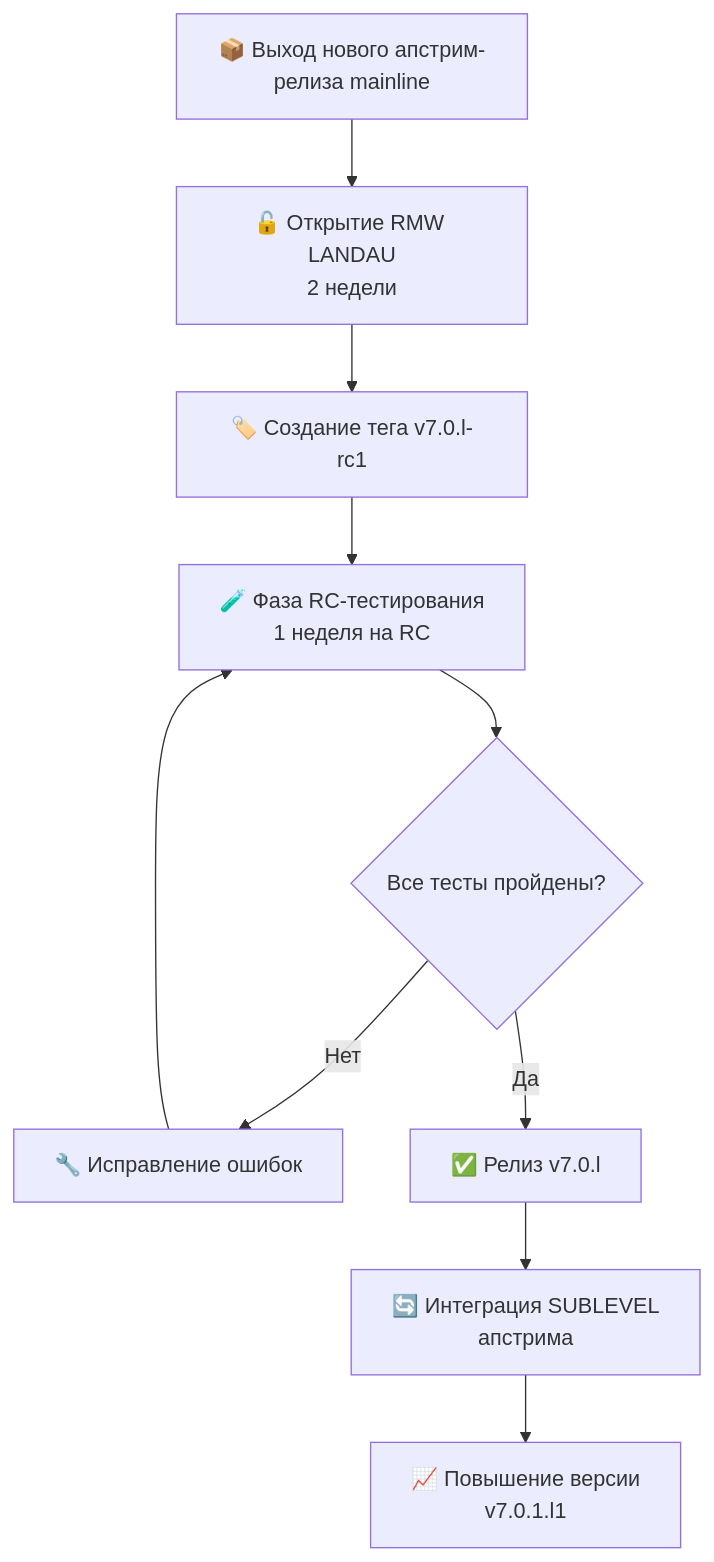
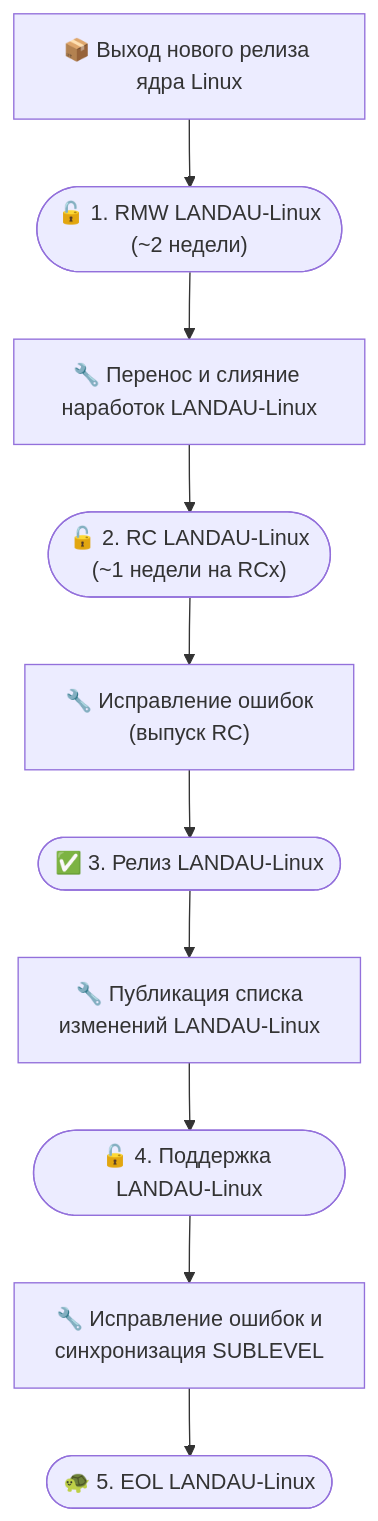
The second of 4 diagrams in landau-linux/maintenance.md (rulkc/landau), drawn with Mermaid before and after one commit. The commit also changed other lines of this file, not shown here.

First line of the commit message:
landau-linux: maintenance: major overhaul of the maintenance doc

````diff
--- a/landau-linux/maintenance.md
+++ b/landau-linux/maintenance.md
@@ -122,12 +140,13 @@
 ```mermaid
 flowchart TD
-    A[📦 Выход нового апстрим-релиза mainline] --> B[🔓 Открытие RMW LANDAU<br>2 недели]
-    B --> C[🏷️ Создание тега v7.0.l-rc1]
-    C --> D[🧪 Фаза RC-тестирования<br>1 неделя на RC]
-    D --> E{Все тесты пройдены?}
-    E -->|Нет| F[🔧 Исправление ошибок]
-    F --> D
-    E -->|Да| G[✅ Релиз v7.0.l]
-    G --> H[🔄 Интеграция SUBLEVEL<br>апстрима]
-    H --> I[📈 Повышение версии<br>v7.0.1.l1]
+    A["📦 Выход нового релиза ядра Linux"] --> B
+    B(["🔓 1. RMW LANDAU-Linux<br>(~2 недели)"]) --> C
+    C["🔧 Перенос и слияние наработок LANDAU-Linux"] --> D
+    D(["🔓 2. RC LANDAU-Linux<br>(~1 недели на RCx)"]) --> E
+    E["🔧 Исправление ошибок<br>(выпуск RC)"] --> F
+    F(["✅ 3. Релиз LANDAU-Linux"]) --> G
+    G["🔧 Публикация списка<br>изменений LANDAU-Linux"] --> H
+    H(["🔓 4. Поддержка LANDAU-Linux"]) --> I
+    I["🔧 Исправление ошибок и<br>синхронизация SUBLEVEL"] --> J
+    J(["🐢 5. EOL LANDAU-Linux"])
 ```
````
